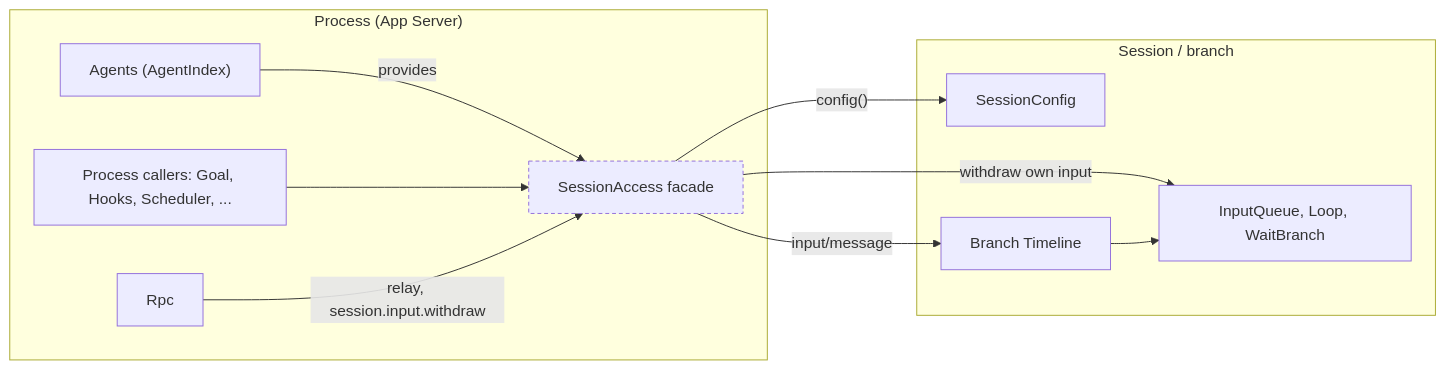
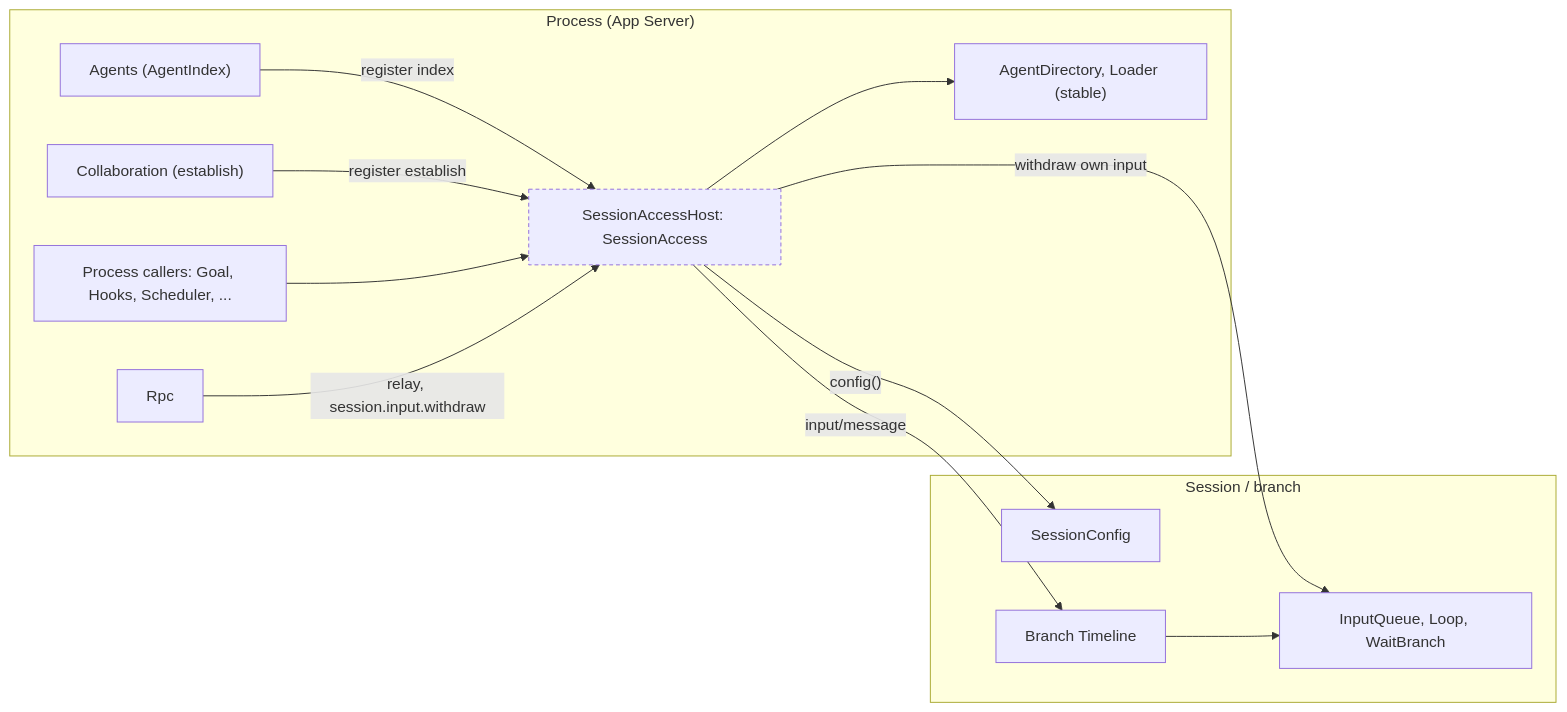
Before and after one commit to CoutinhoTTS/dim-agent: the first of 6 diagrams in docs/design/contracts/session-access.md, drawn with Mermaid. The commit also changed other lines of this file and 4 other files, not shown here.

````diff
--- a/docs/design/contracts/session-access.md
+++ b/docs/design/contracts/session-access.md
@@ -9,22 +9,26 @@
 ```mermaid
 flowchart LR
   subgraph PROC["Process (App Server)"]
+    Dir["AgentDirectory, Loader (stable)"]
+    Host["SessionAccessHost: SessionAccess"]:::contract
     Agents["Agents (AgentIndex)"]
-    SA["SessionAccess facade"]:::contract
+    Coll["Collaboration (establish)"]
     Rpc["Rpc"]
     Callers["Process callers: Goal, Hooks, Scheduler, ..."]
   end
   subgraph SESS["Session / branch"]
     SC["SessionConfig"]
     IQ["InputQueue, Loop, WaitBranch"]
     TL["Branch Timeline"]
   end
-  Agents -->|"provides"| SA
-  Callers --> SA
-  Rpc -->|"relay, session.input.withdraw"| SA
-  SA -->|"config()"| SC
-  SA -->|"input/message"| TL
-  SA -->|"withdraw own input"| IQ
+  Host --> Dir
+  Agents -->|"register index"| Host
+  Coll -->|"register establish"| Host
+  Callers --> Host
+  Rpc -->|"relay, session.input.withdraw"| Host
+  Host -->|"config()"| SC
+  Host -->|"input/message"| TL
+  Host -->|"withdraw own input"| IQ
   TL --> IQ
   classDef contract stroke-dasharray:4 3
 ```
````
